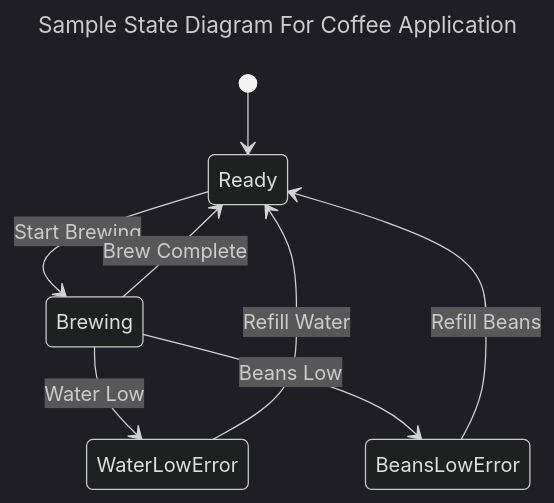
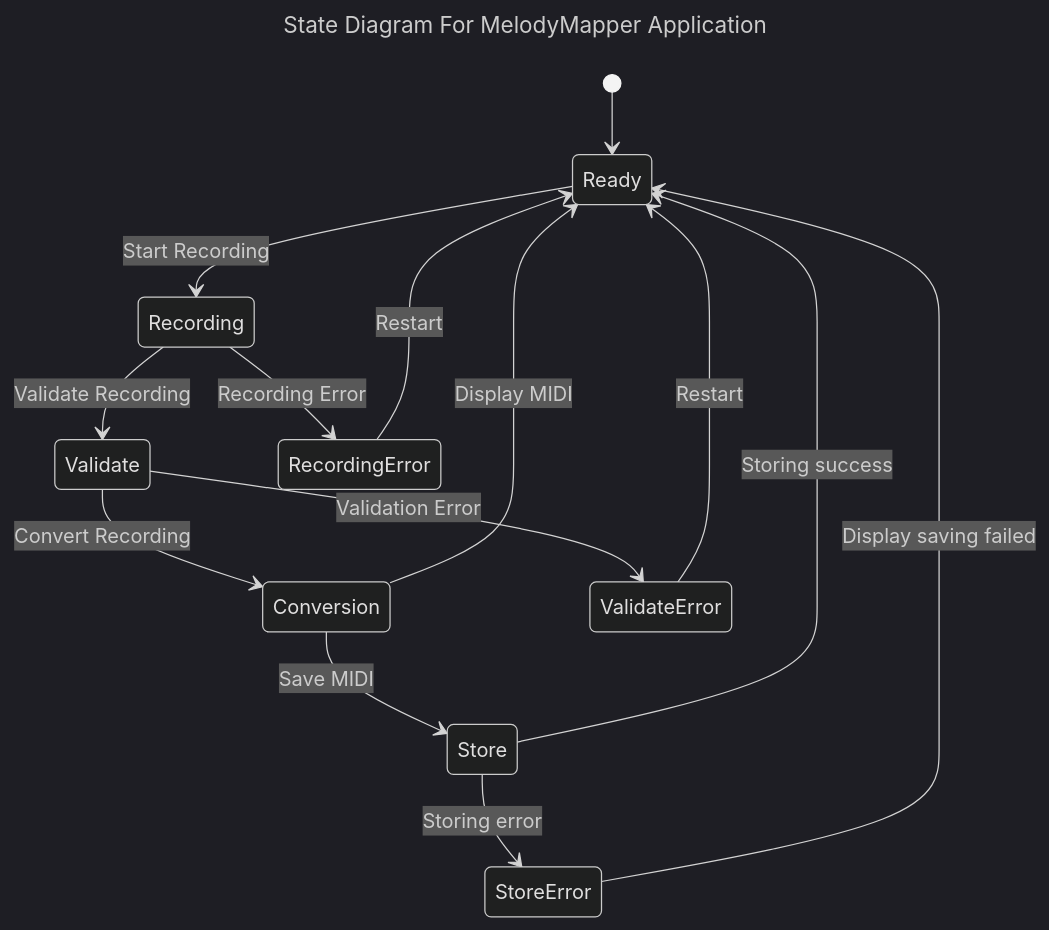
The fifth of 6 diagrams in README.md (bengoh815/cs506-project), drawn with Mermaid (dark theme) before and after one commit. The commit also changed other lines of this file, not shown here.

Commit message:
System Architecture Diagram Done

````diff
--- a/README.md
+++ b/README.md
@@ -284,13 +199,19 @@
 ```mermaid
 ---
-title: Sample State Diagram For Coffee Application
+title: State Diagram For MelodyMapper Application
 ---
 stateDiagram
     [*] --> Ready
-    Ready --> Brewing : Start Brewing
-    Brewing --> Ready : Brew Complete
-    Brewing --> WaterLowError : Water Low
-    WaterLowError --> Ready : Refill Water
-    Brewing --> BeansLowError : Beans Low
-    BeansLowError --> Ready : Refill Beans
+    Ready --> Recording : Start Recording
+    Recording --> Validate : Validate Recording
+    Validate --> Conversion : Convert Recording
+    Validate --> ValidateError : Validation Error
+    ValidateError --> Ready : Restart
+    RecordingError --> Ready : Restart
+    Recording --> RecordingError : Recording Error
+    Conversion --> Ready : Display MIDI
+    Conversion --> Store : Save MIDI
+    Store --> Ready : Storing success
+    Store --> StoreError : Storing error
+    StoreError --> Ready : Display saving failed
 ```
````
